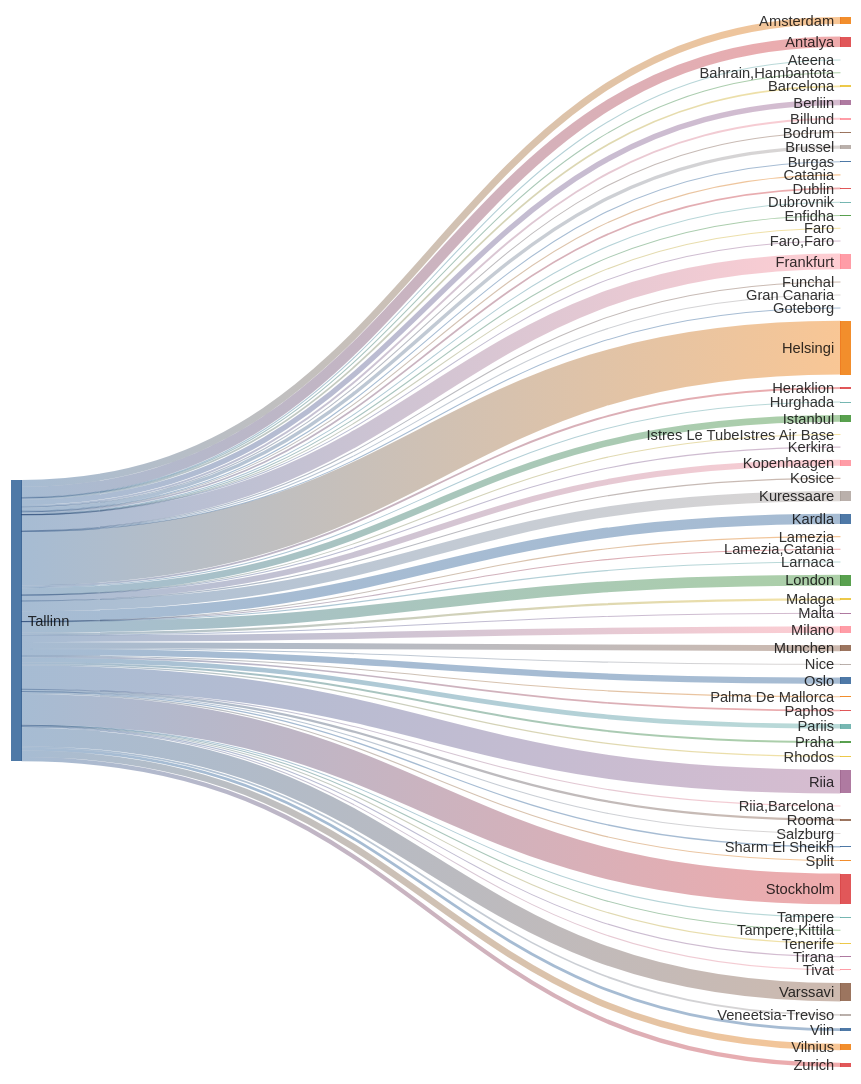
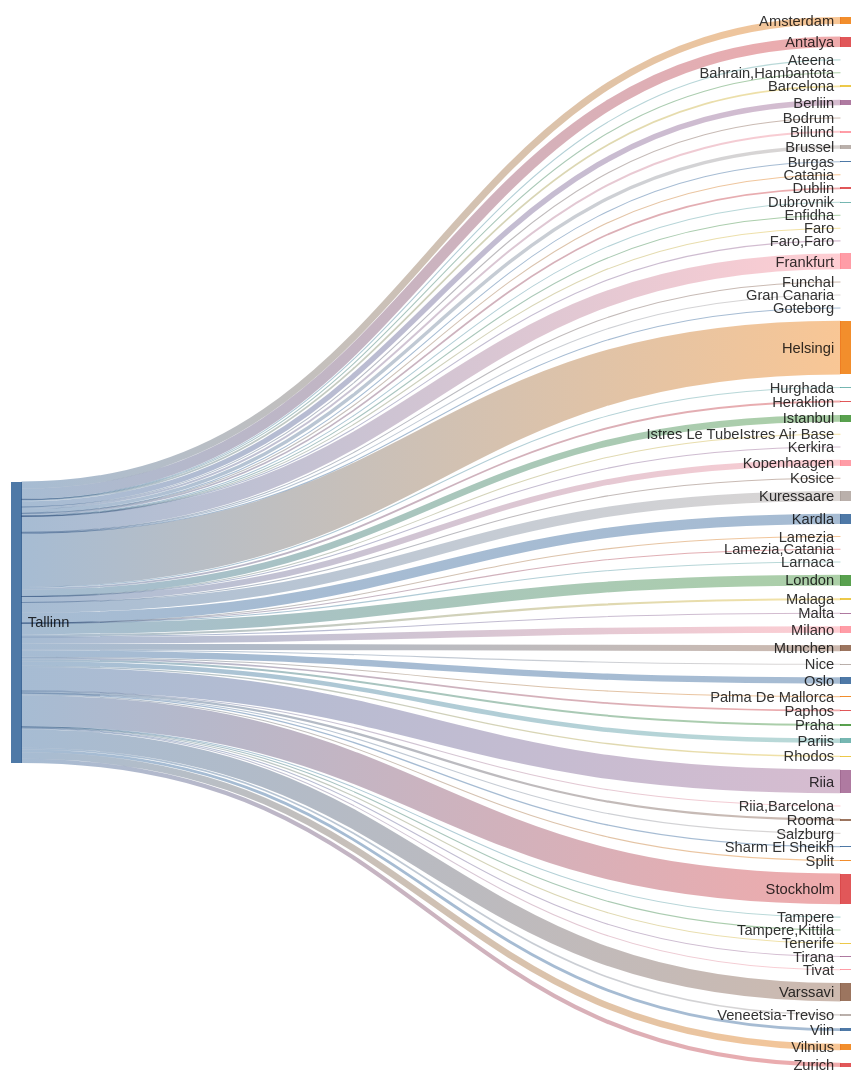
One commit to rainermesi/tll-airport-departures changed the second of 2 diagrams in README.md. Above: the diagram before and after it, drawn with Mermaid. The commit also changed other lines of this file, not shown here.

````diff
--- a/README.md
+++ b/README.md
@@ -34,75 +34,75 @@
 ```mermaid
 ---
 config:
   sankey:
     showValues: false
     width: 800
     height: 1000
 ---
 sankey-beta
 %% source,target,value
-Tallinn,Amsterdam,172
-Tallinn,Antalya,258
+Tallinn,Amsterdam,174
+Tallinn,Antalya,259
 Tallinn,Ateena,16
 Tallinn,"Bahrain,Hambantota",1
 Tallinn,Barcelona,42
-Tallinn,Berliin,134
+Tallinn,Berliin,135
 Tallinn,Billund,49
 Tallinn,Bodrum,11
 Tallinn,Brussel,85
 Tallinn,Burgas,21
 Tallinn,Catania,2
 Tallinn,Dublin,42
 Tallinn,Dubrovnik,21
 Tallinn,Enfidha,7
 Tallinn,Faro,4
 Tallinn,"Faro,Faro",1
-Tallinn,Frankfurt,391
+Tallinn,Frankfurt,394
 Tallinn,Funchal,5
 Tallinn,Gran Canaria,18
 Tallinn,Goteborg,1
-Tallinn,Helsingi,1334
+Tallinn,Helsingi,1342
 Tallinn,Heraklion,46
 Tallinn,Hurghada,24
-Tallinn,Istanbul,165
+Tallinn,Istanbul,166
 Tallinn,Istres Le TubeIstres Air Base,2
 Tallinn,Kerkira,4
-Tallinn,Kopenhaagen,147
+Tallinn,Kopenhaagen,148
 Tallinn,Kosice,1
-Tallinn,Kuressaare,253
-Tallinn,Kardla,253
+Tallinn,Kuressaare,255
+Tallinn,Kardla,255
 Tallinn,Lamezia,1
 Tallinn,"Lamezia,Catania",3
 Tallinn,Larnaca,4
-Tallinn,London,270
-Tallinn,Malaga,54
+Tallinn,London,272
+Tallinn,Malaga,55
 Tallinn,Malta,15
-Tallinn,Milano,162
+Tallinn,Milano,163
 Tallinn,Munchen,147
 Tallinn,Nice,25
-Tallinn,Oslo,156
+Tallinn,Oslo,157
 Tallinn,Palma De Mallorca,19
-Tallinn,Paphos,41
-Tallinn,Pariis,114
+Tallinn,Paphos,42
+Tallinn,Pariis,115
 Tallinn,Praha,49
 Tallinn,Rhodos,32
-Tallinn,Riia,589
+Tallinn,Riia,593
 Tallinn,"Riia,Barcelona",1
 Tallinn,Rooma,55
 Tallinn,Salzburg,1
-Tallinn,Sharm El Sheikh,32
+Tallinn,Sharm El Sheikh,33
 Tallinn,Split,25
-Tallinn,Stockholm,762
+Tallinn,Stockholm,765
 Tallinn,Tampere,17
 Tallinn,"Tampere,Kittila",1
-Tallinn,Tenerife,26
+Tallinn,Tenerife,27
 Tallinn,Tirana,8
 Tallinn,Tivat,26
-Tallinn,Varssavi,456
-Tallinn,Veneetsia-Treviso,42
-Tallinn,Viin,68
-Tallinn,Vilnius,162
-Tallinn,Zurich,104
+Tallinn,Varssavi,460
+Tallinn,Veneetsia-Treviso,43
+Tallinn,Viin,69
+Tallinn,Vilnius,163
+Tallinn,Zurich,105
 
 
 ```
````
